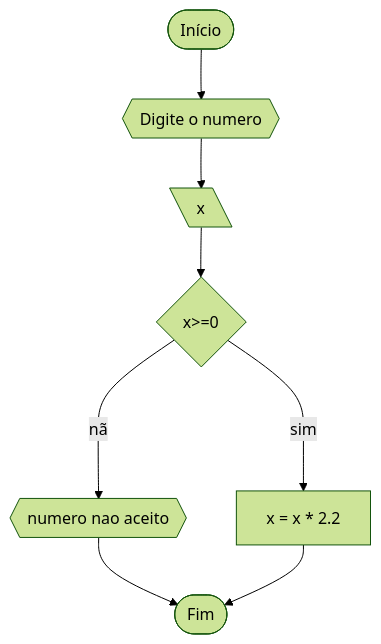
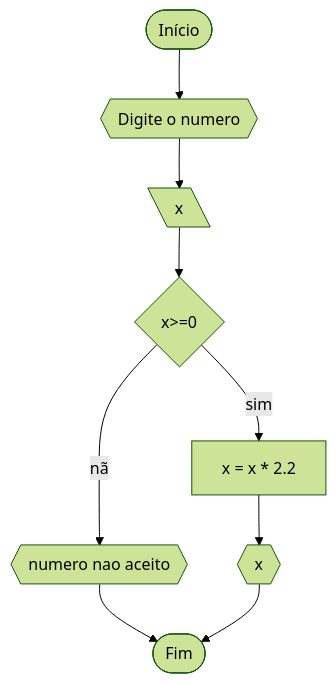
One commit to Loahine/Unifor_ changed diagram 29 of 40 in RLA/Lista2_exercicio.md. Above: the diagram before and after it, drawn with Mermaid (forest theme).

````diff
--- a/RLA/Lista2_exercicio.md
+++ b/RLA/Lista2_exercicio.md
@@ -449,10 +449,11 @@
 ```mermaid
 flowchart TD
 A([Início])-->B{{"Digite o numero"}}
 B-->C[\x\]
 C-->D{x>=0}
 D--não-->E{{"numero nao aceito"}}
 E-->F([Fim])
 D--sim-->G[x = x * 2.2]
-G-->F([Fim])
+G-->H{{x}}
+H-->F([Fim])
 ```
````
